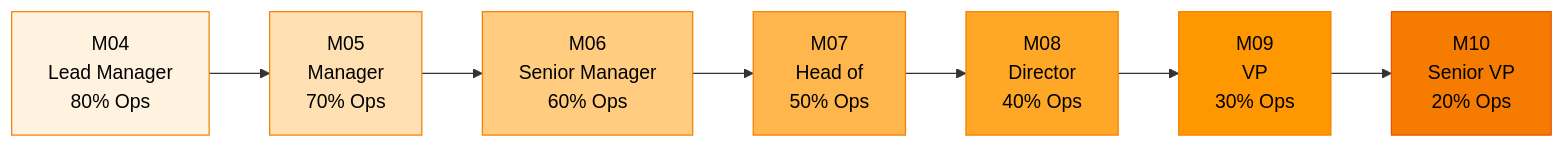
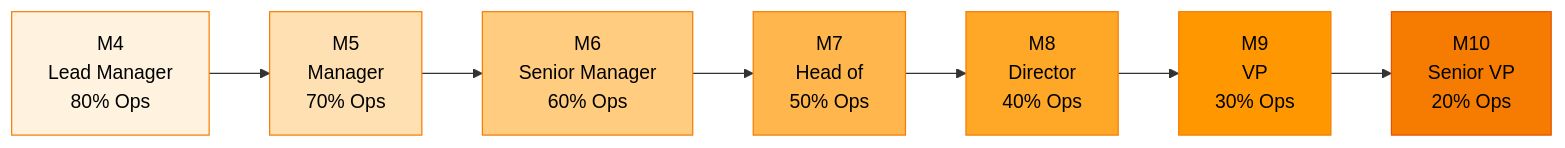
Before and after one commit to ultralytics/handbook: the diagram in docs/en/people/careers/levels-management.md, drawn with Mermaid. The commit also changed other lines of this file and 2 other files, not shown here.

````diff
--- a/docs/en/people/careers/levels-management.md
+++ b/docs/en/people/careers/levels-management.md
@@ -16,23 +16,23 @@
 ```mermaid
 flowchart LR
-    M04["M04<br/>Lead Manager<br/>80% Ops"] --> M05["M05<br/>Manager<br/>70% Ops"]
-    M05 --> M06["M06<br/>Senior Manager<br/>60% Ops"]
-    M06 --> M07["M07<br/>Head of<br/>50% Ops"]
-    M07 --> M08["M08<br/>Director<br/>40% Ops"]
-    M08 --> M09["M09<br/>VP<br/>30% Ops"]
-    M09 --> M10["M10<br/>Senior VP<br/>20% Ops"]
+    M4["M4<br/>Lead Manager<br/>80% Ops"] --> M5["M5<br/>Manager<br/>70% Ops"]
+    M5 --> M6["M6<br/>Senior Manager<br/>60% Ops"]
+    M6 --> M7["M7<br/>Head of<br/>50% Ops"]
+    M7 --> M8["M8<br/>Director<br/>40% Ops"]
+    M8 --> M9["M9<br/>VP<br/>30% Ops"]
+    M9 --> M10["M10<br/>Senior VP<br/>20% Ops"]
     classDef m04 fill:#fff3e0,stroke:#f57c00,color:#000;
     classDef m05 fill:#ffe0b2,stroke:#f57c00,color:#000;
     classDef m06 fill:#ffcc80,stroke:#f57c00,color:#000;
     classDef m07 fill:#ffb74d,stroke:#f57c00,color:#000;
     classDef m08 fill:#ffa726,stroke:#f57c00,color:#000;
     classDef m09 fill:#ff9800,stroke:#f57c00,color:#000;
     classDef m10 fill:#f57c00,stroke:#e65100,color:#000;
-    class M04 m04;
-    class M05 m05;
-    class M06 m06;
-    class M07 m07;
-    class M08 m08;
-    class M09 m09;
+    class M4 m04;
+    class M5 m05;
+    class M6 m06;
+    class M7 m07;
+    class M8 m08;
+    class M9 m09;
     class M10 m10;
 ```
````
